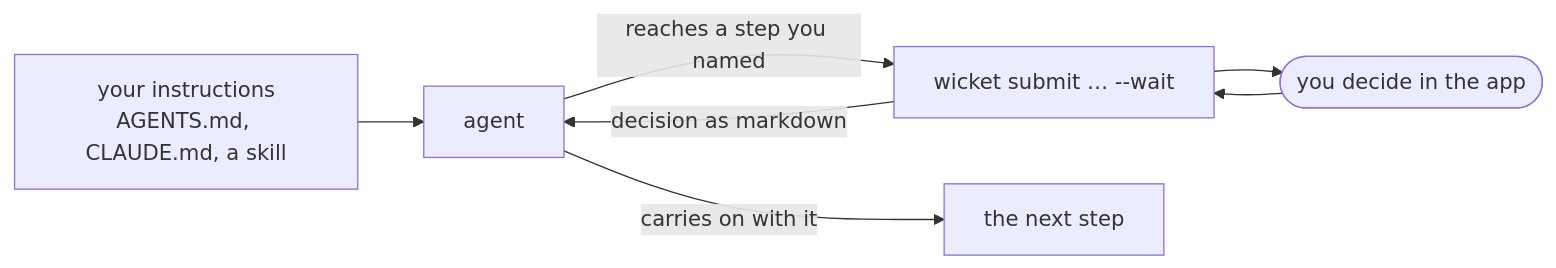
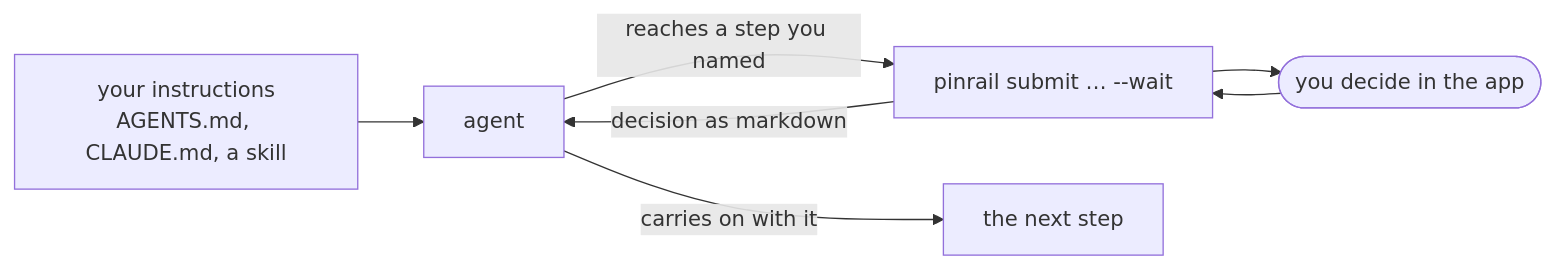
Before and after one commit to forgeplane/pinrail: the diagram in docs/agents/instructing.md, drawn with Mermaid. The commit also changed other lines of this file and 248 other files, not shown here.

Commit message:
Rename Wicket to Pinrail

````diff
--- a/docs/agents/instructing.md
+++ b/docs/agents/instructing.md
@@ -8,9 +8,9 @@
 ```mermaid title="Where the decision to ask comes from"
 flowchart LR
   I["your instructions<br/>AGENTS.md, CLAUDE.md, a skill"] --> A["agent"]
-  A -->|"reaches a step you named"| W["wicket submit … --wait"]
+  A -->|"reaches a step you named"| W["pinrail submit … --wait"]
   W --> Y(["you decide in the app"]):::you
   Y --> W
   W -->|"decision as markdown"| A
   A -->|"carries on with it"| N["the next step"]
 ```
````
